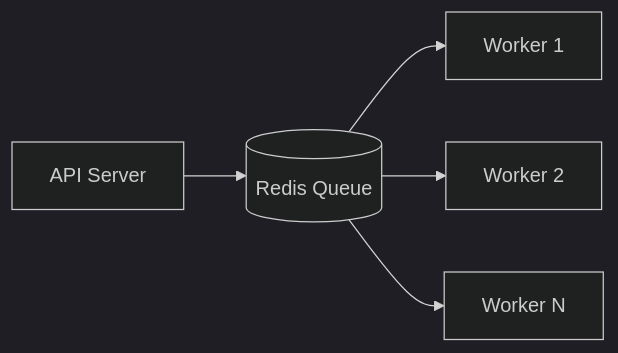
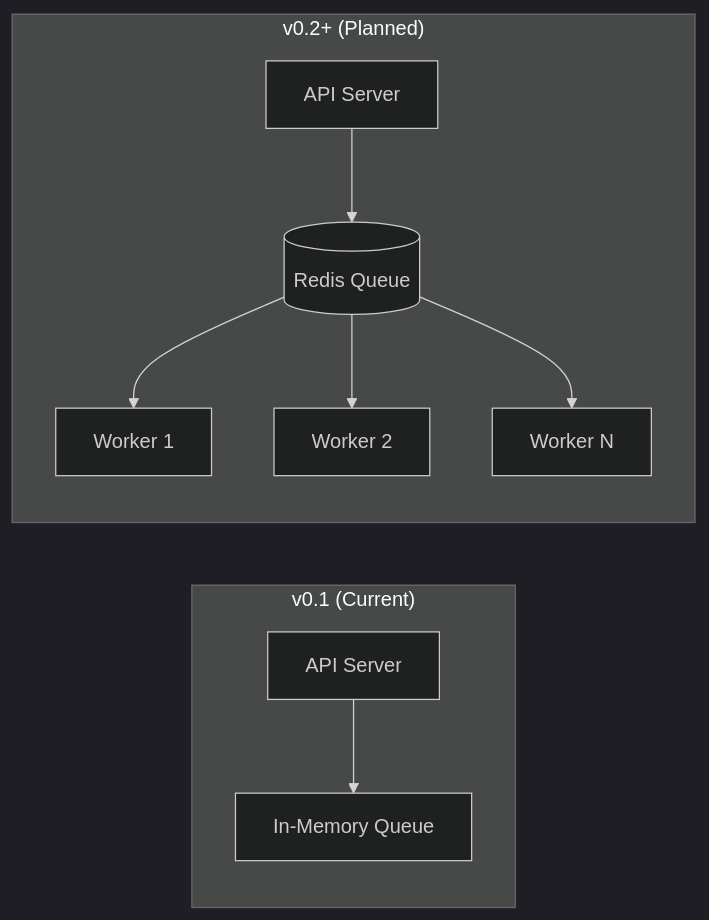
Diagram 12 of 15 in docs/architecture.md (hampen2929/zloth), drawn with Mermaid (dark theme) before and after one commit. The commit also changed other lines of this file, not shown here.

First line of the commit message:
Update architecture documentation with current implementation

````diff
--- a/docs/architecture.md
+++ b/docs/architecture.md
@@ -251,7 +553,13 @@
 ```mermaid
 flowchart LR
-    API[API Server] --> Redis[(Redis Queue)]
-    Redis --> W1[Worker 1]
-    Redis --> W2[Worker 2]
-    Redis --> W3[Worker N]
+    subgraph v0.1["v0.1 (Current)"]
+        API1[API Server] --> IMQ[In-Memory Queue]
+    end
+
+    subgraph v0.2["v0.2+ (Planned)"]
+        API2[API Server] --> Redis[(Redis Queue)]
+        Redis --> W1[Worker 1]
+        Redis --> W2[Worker 2]
+        Redis --> WN[Worker N]
+    end
 ```
````
